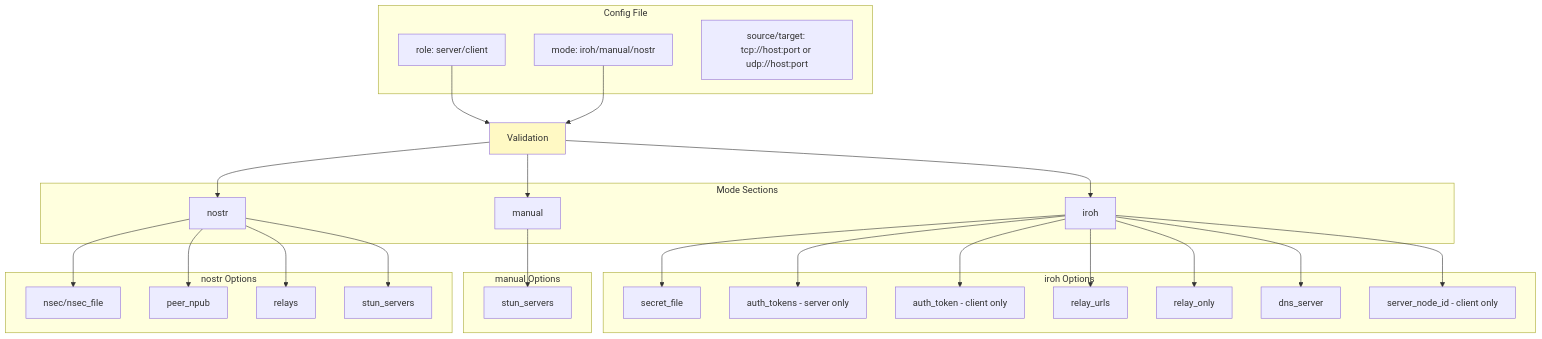
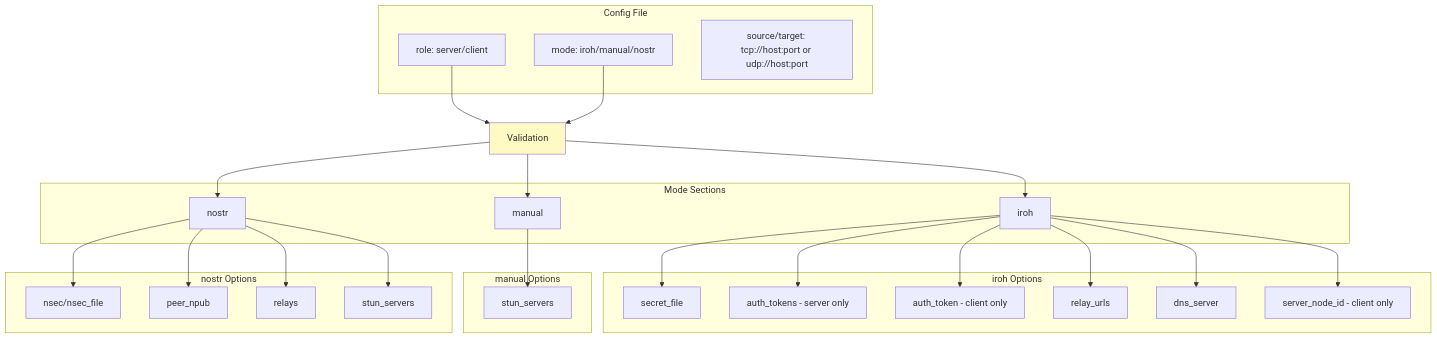
The fifth of 18 diagrams in docs/ARCHITECTURE.md (andrewtheguy/vpn-rs), drawn with Mermaid before and after one commit. The commit also changed other lines of this file and 3 other files, not shown here.

Commit message:
docs: clarify usage of --relay-only flag as CLI-only and not supported in config files

````diff
--- a/docs/ARCHITECTURE.md
+++ b/docs/ARCHITECTURE.md
@@ -224,57 +224,55 @@
 ```mermaid
 graph TB
     subgraph "Config File"
         A[role: server/client]
         B[mode: iroh/manual/nostr]
         C[source/target: tcp://host:port or udp://host:port]
     end
 
     subgraph "Mode Sections"
         E[iroh]
         G[manual]
         H[nostr]
     end
 
     subgraph "iroh Options"
         I[secret_file]
         I2[auth_tokens - server only]
         I3[auth_token - client only]
         J[relay_urls]
-        K[relay_only]
         L[dns_server]
         M[server_node_id - client only]
     end
 
     subgraph "manual Options"
         N[stun_servers]
     end
 
     subgraph "nostr Options"
         O[nsec/nsec_file]
         P[peer_npub]
         Q[relays]
         R[stun_servers]
     end
 
     A --> S[Validation]
     B --> S
     S --> E
     S --> G
     S --> H
 
     E --> I
     E --> I2
     E --> I3
     E --> J
-    E --> K
     E --> L
     E --> M
 
     G --> N
     H --> O
     H --> P
     H --> Q
     H --> R
 
     style S fill:#FFF9C4
 ```
````
